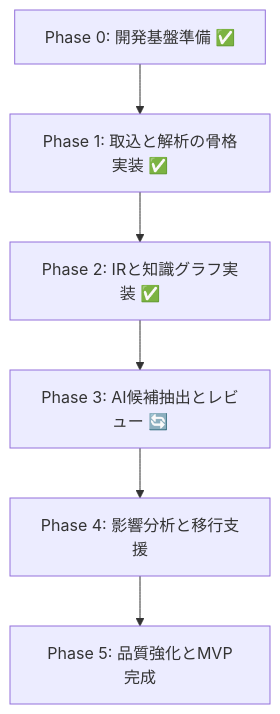
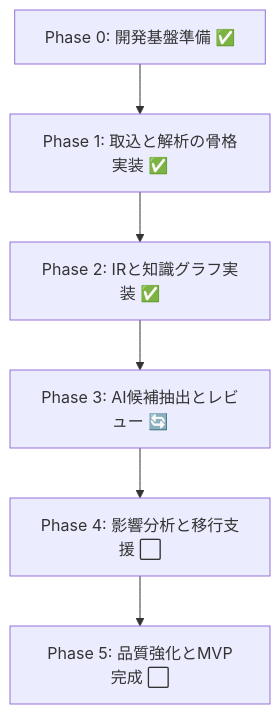
The diagram in documents/13_ToDoリスト_レガシーコード考古学.md (keijijin/legacy-code-archaeology), drawn with Mermaid before and after one commit. The commit also changed other lines of this file, not shown here.

````diff
--- a/documents/13_ToDoリスト_レガシーコード考古学.md
+++ b/documents/13_ToDoリスト_レガシーコード考古学.md
@@ -18,8 +18,8 @@
 ```mermaid
 flowchart TD
     A[Phase 0: 開発基盤準備 ✅] --> B[Phase 1: 取込と解析の骨格実装 ✅]
     B --> C[Phase 2: IRと知識グラフ実装 ✅]
     C --> D[Phase 3: AI候補抽出とレビュー 🔄]
-    D --> E[Phase 4: 影響分析と移行支援]
-    E --> F[Phase 5: 品質強化とMVP完成]
+    D --> E[Phase 4: 影響分析と移行支援 ⬜]
+    E --> F[Phase 5: 品質強化とMVP完成 ⬜]
 ```
````
